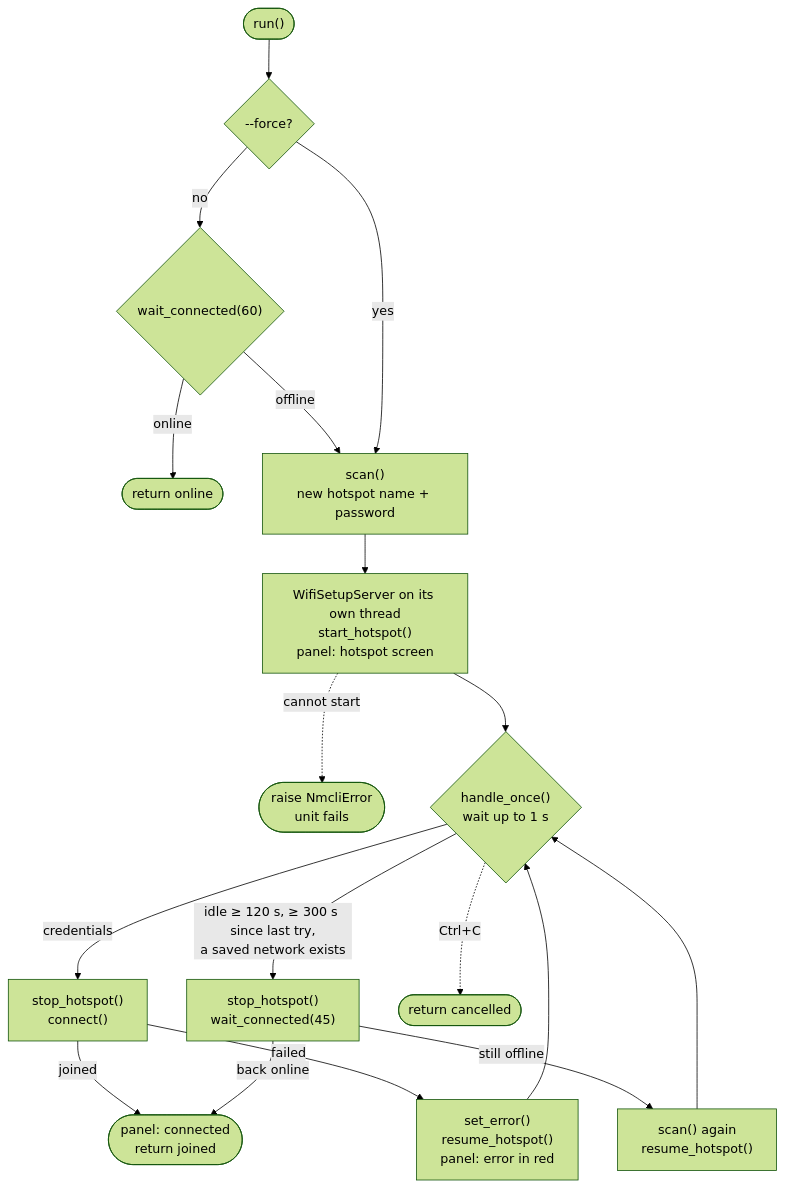
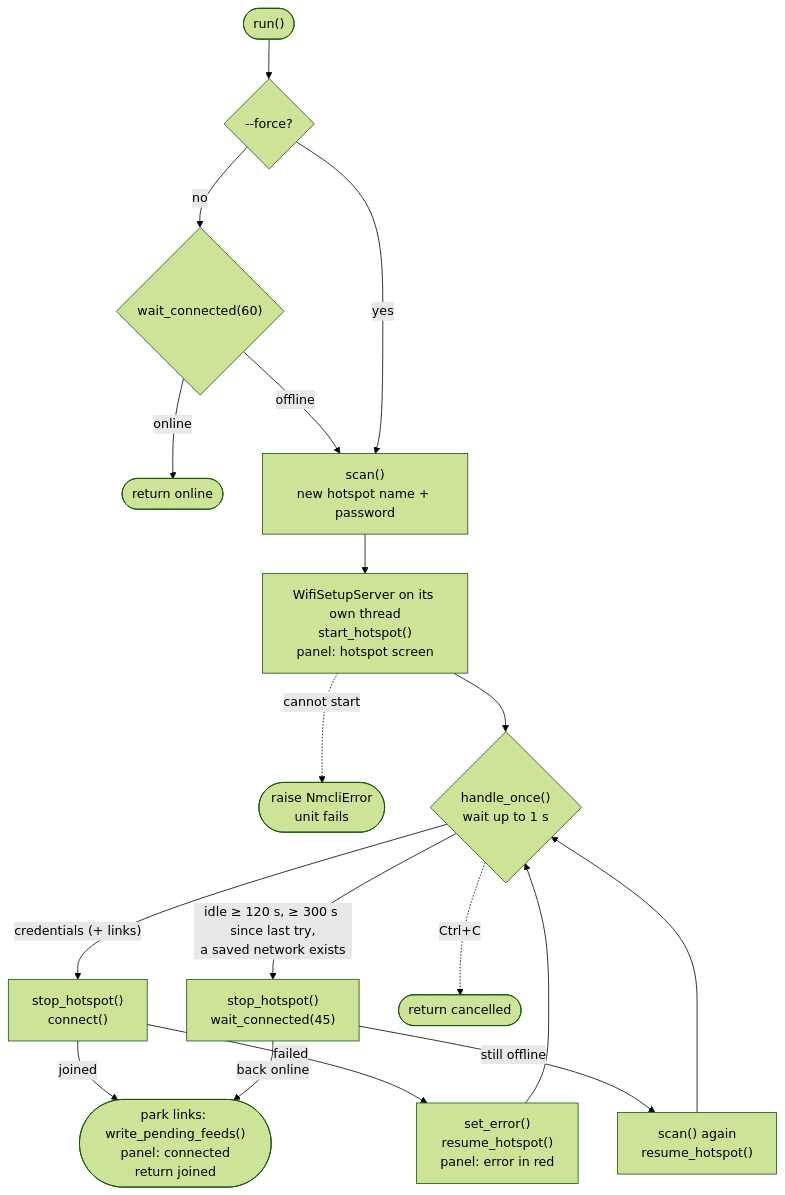
The fifth of 6 diagrams in docs/ARCHITECTURE.md (ShengKai234/google-calendar-api), drawn with Mermaid (forest theme) before and after one commit. The commit also changed other lines of this file and 5 other files, not shown here.

````diff
--- a/docs/ARCHITECTURE.md
+++ b/docs/ARCHITECTURE.md
@@ -201,20 +213,20 @@
 ```mermaid
 flowchart TB
   S(["run()"]) --> A{"--force?"}
   A -->|"no"| B{"wait_connected(60)"}
   B -->|"online"| ON(["return online"])
   B -->|"offline"| C
   A -->|"yes"| C["scan()<br/>new hotspot name + password"]
   C --> D["WifiSetupServer on its own thread<br/>start_hotspot()<br/>panel: hotspot screen"]
   D -.->|"cannot start"| ERR(["raise NmcliError<br/>unit fails"])
   D --> L{"handle_once()<br/>wait up to 1 s"}
-  L -->|"credentials"| X["stop_hotspot()<br/>connect()"]
-  X -->|"joined"| J(["panel: connected<br/>return joined"])
+  L -->|"credentials (+ links)"| X["stop_hotspot()<br/>connect()"]
+  X -->|"joined"| J(["park links: write_pending_feeds()<br/>panel: connected<br/>return joined"])
   X -->|"failed"| R["set_error()<br/>resume_hotspot()<br/>panel: error in red"]
   R --> L
   L -->|"idle ≥ 120 s, ≥ 300 s since last try,<br/>a saved network exists"| Y["stop_hotspot()<br/>wait_connected(45)"]
   Y -->|"back online"| J
   Y -->|"still offline"| Z["scan() again<br/>resume_hotspot()"]
   Z --> L
   L -.->|"Ctrl+C"| CAN(["return cancelled"])
 ```
````
